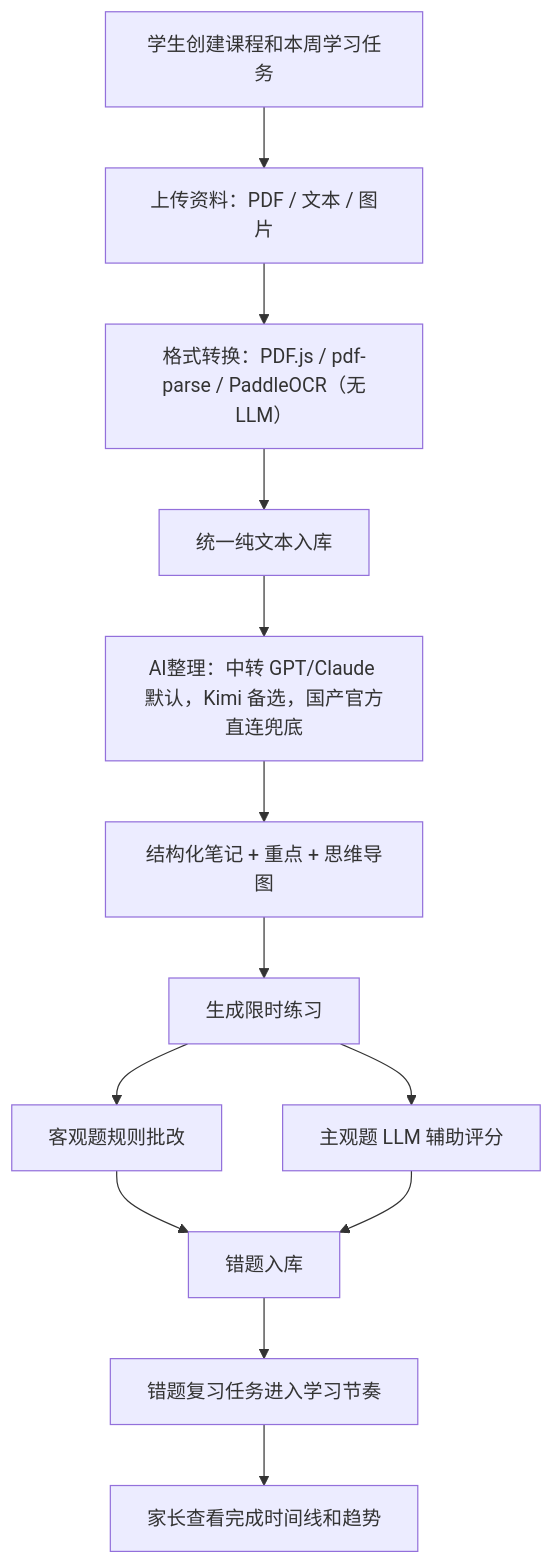
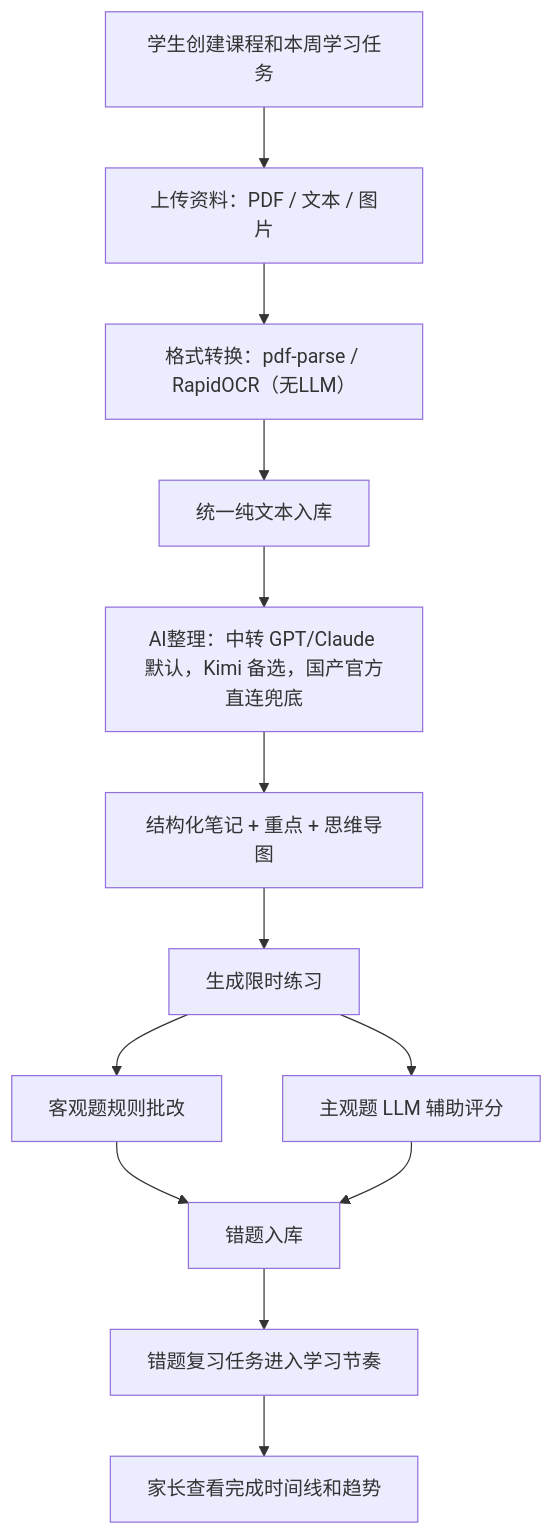
The second of 4 diagrams in docs/01-总PRD-产品需求-Product-Requirements.md (everything-is-simple/ai-studybuddy), drawn with Mermaid before and after one commit. The commit also changed other lines of this file and 7 other files, not shown here.

````diff
--- a/docs/01-总PRD-产品需求-Product-Requirements.md
+++ b/docs/01-总PRD-产品需求-Product-Requirements.md
@@ -137,15 +137,15 @@
 ```mermaid
 flowchart TD
   A["学生创建课程和本周学习任务"] --> B["上传资料：PDF / 文本 / 图片"]
-  B --> C["格式转换：PDF.js / pdf-parse / PaddleOCR（无LLM）"]
+  B --> C["格式转换：pdf-parse / RapidOCR（无LLM）"]
   C --> D["统一纯文本入库"]
   D --> E["AI整理：中转 GPT/Claude 默认，Kimi 备选，国产官方直连兜底"]
   E --> F["结构化笔记 + 重点 + 思维导图"]
   F --> G["生成限时练习"]
   G --> H1["客观题规则批改"]
   G --> H2["主观题 LLM 辅助评分"]
   H1 --> I["错题入库"]
   H2 --> I
   I --> J["错题复习任务进入学习节奏"]
   J --> K["家长查看完成时间线和趋势"]
 ```
````
